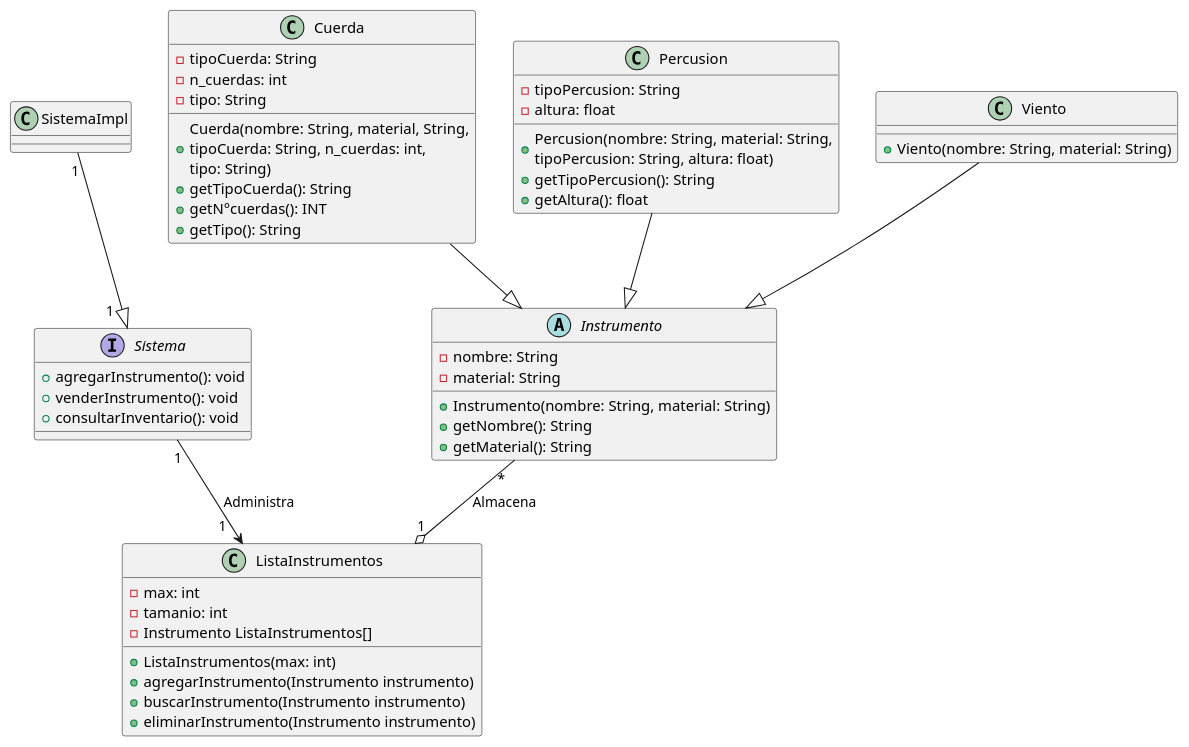
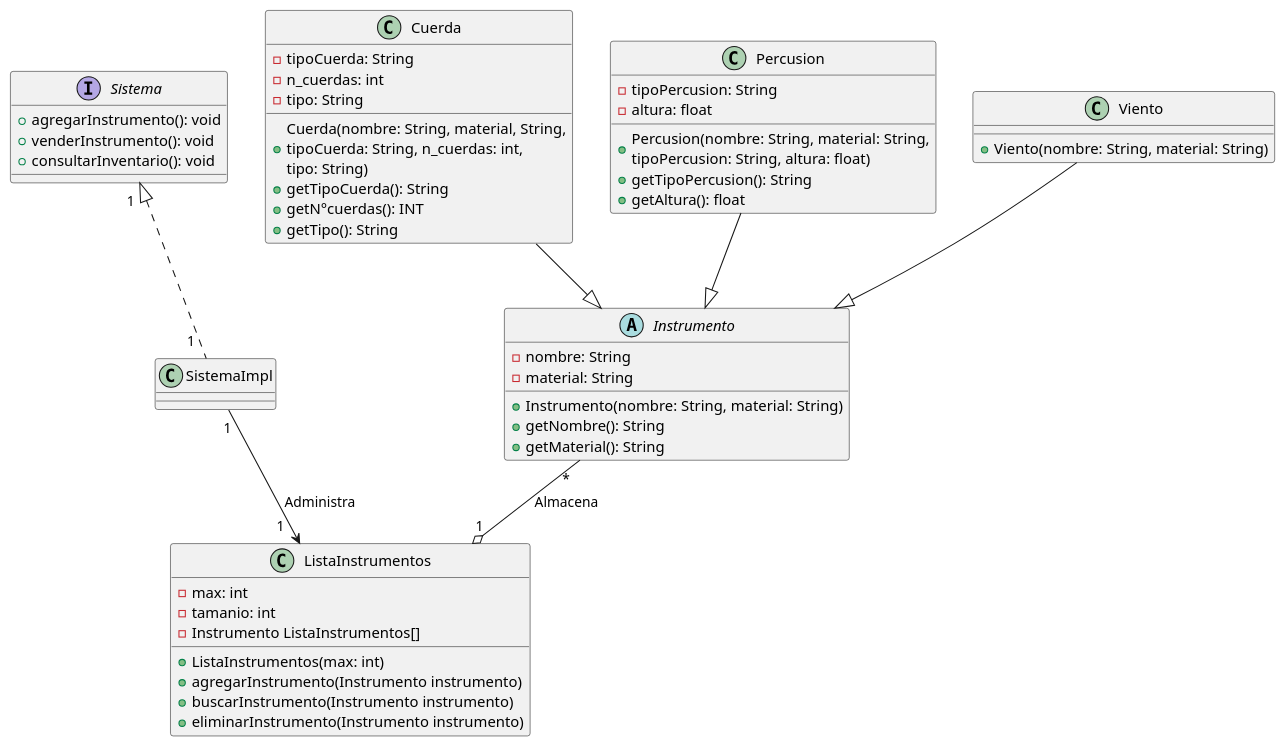
One commit to AlbertoLyons/Taller-3 changed the diagram in Clases.puml. Above: the diagram before and after it, drawn with PlantUML.

Commit message:
Arreglo diagrama clase

```diff
--- a/Clases.puml
+++ b/Clases.puml
@@ -1,52 +1,52 @@
 @startuml
 abstract Instrumento {
 -{field} nombre: String
 -{field} material: String
 +{method} Instrumento(nombre: String, material: String)
 +{method} getNombre(): String
 +{method} getMaterial(): String
 }
 class Cuerda {
 -{field} tipoCuerda: String
 -{field} n_cuerdas: int
 -{field} tipo: String
 +{method} Cuerda(nombre: String, material, String,\ntipoCuerda: String, n_cuerdas: int,\ntipo: String)
 +{method} getTipoCuerda(): String
 +{method} getN°cuerdas(): INT
 +{method} getTipo(): String
 }
 class Percusion {
 -{field} tipoPercusion: String
 -{field} altura: float
 +{method} Percusion(nombre: String, material: String,\ntipoPercusion: String, altura: float)
 +{method} getTipoPercusion(): String
 +{method} getAltura(): float
 }
 class Viento {
 +{method} Viento(nombre: String, material: String)
 }
 class ListaInstrumentos {
 -{field} max: int
 -{field} tamanio: int
 -{field} Instrumento ListaInstrumentos[]
 +{method} ListaInstrumentos(max: int)
 +{method} agregarInstrumento(Instrumento instrumento)
 +{method} buscarInstrumento(Instrumento instrumento)
 +{method} eliminarInstrumento(Instrumento instrumento)
 }
 interface Sistema {
 +{field} agregarInstrumento(): void
 +{field} venderInstrumento(): void
 +{field} consultarInventario(): void
 }
 class SistemaImpl {
 }
-SistemaImpl "1" --|> "1   " Sistema
+Sistema "1  " <|.. "1  " SistemaImpl
 Cuerda  --|>  Instrumento
 Percusion  --|>  Instrumento
 Viento  --|>  Instrumento
-Sistema "1" --> "1   " ListaInstrumentos : Administra
+SistemaImpl "1" --> "1   " ListaInstrumentos : Administra
 Instrumento "*" --o "1" ListaInstrumentos : Almacena
 
 
 @enduml
```
